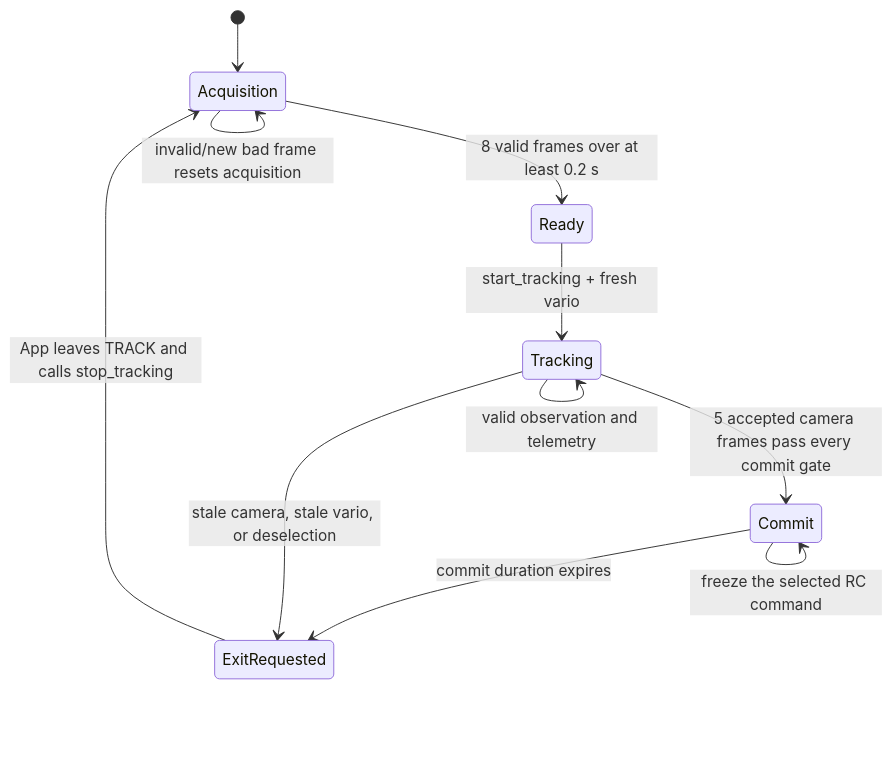
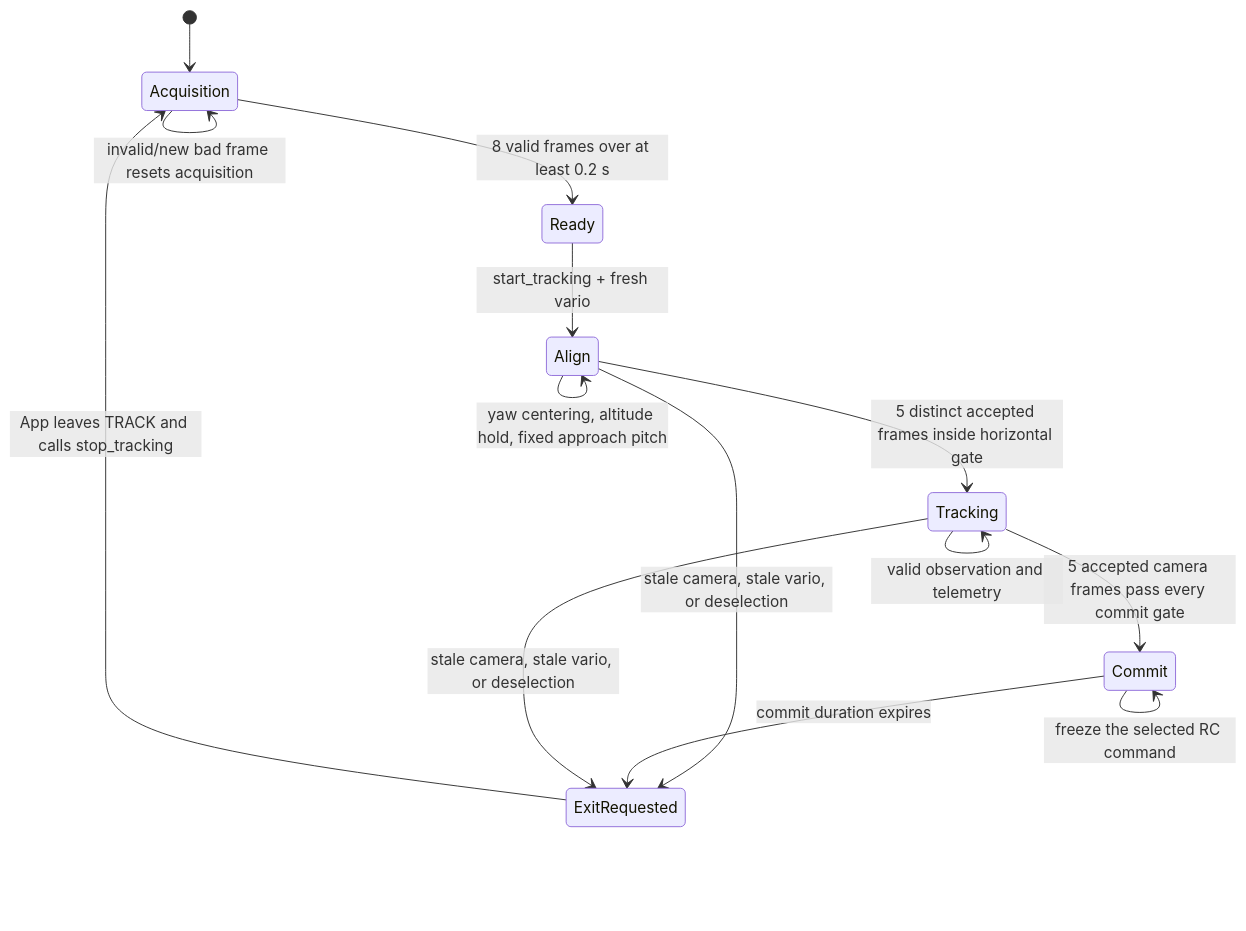
One commit to mayaboker/bt_ws changed the third of 4 diagrams in bt_app/docs/design/tracker_controller_flow.md. Above: the diagram before and after it, drawn with Mermaid. The commit also changed other lines of this file and 20 other files, not shown here.

````diff
--- a/bt_app/docs/design/tracker_controller_flow.md
+++ b/bt_app/docs/design/tracker_controller_flow.md
@@ -74,13 +74,16 @@
 ```mermaid
 stateDiagram-v2
     [*] --> Acquisition
     Acquisition --> Acquisition: invalid/new bad frame resets acquisition
     Acquisition --> Ready: 8 valid frames over at least 0.2 s
-    Ready --> Tracking: start_tracking + fresh vario
+    Ready --> Align: start_tracking + fresh vario
+    Align --> Align: yaw centering, altitude hold, fixed approach pitch
+    Align --> Tracking: 5 distinct accepted frames inside horizontal gate
+    Align --> ExitRequested: stale camera, stale vario, or deselection
     Tracking --> Tracking: valid observation and telemetry
     Tracking --> Commit: 5 accepted camera frames pass every commit gate
     Commit --> Commit: freeze the selected RC command
     Commit --> ExitRequested: commit duration expires
     Tracking --> ExitRequested: stale camera, stale vario, or deselection
     ExitRequested --> Acquisition: App leaves TRACK and calls stop_tracking
 ```
````
